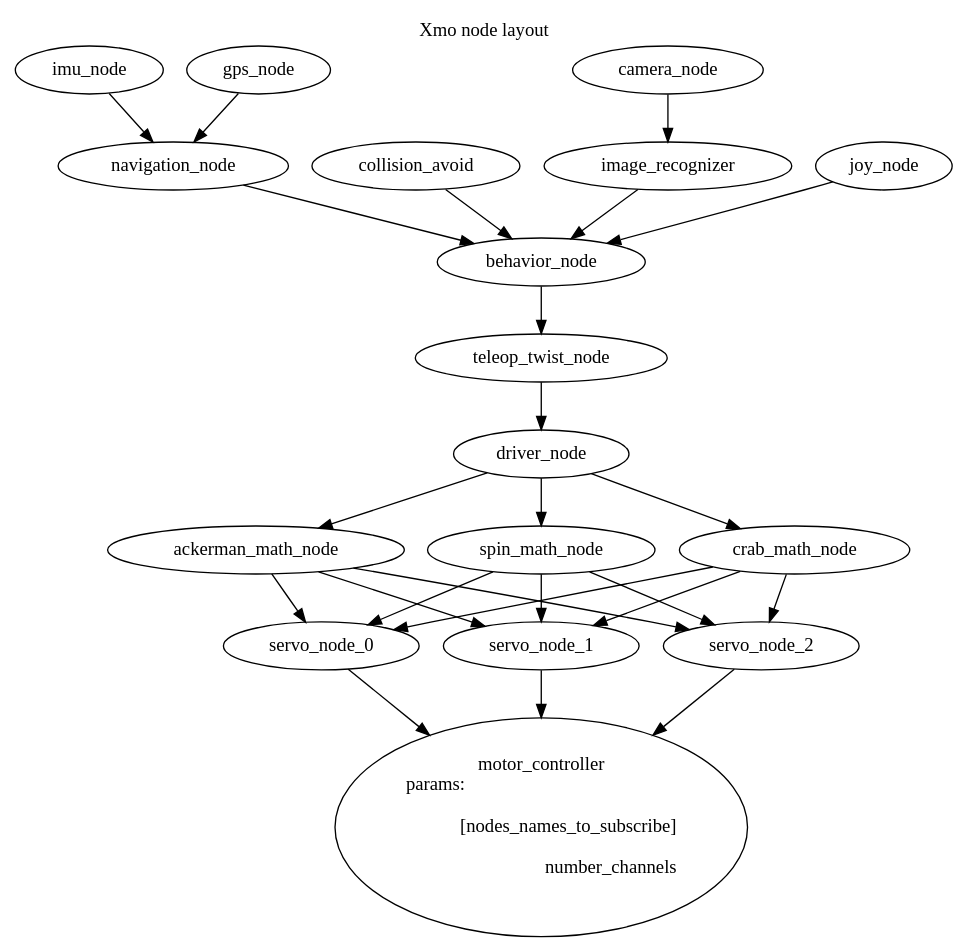
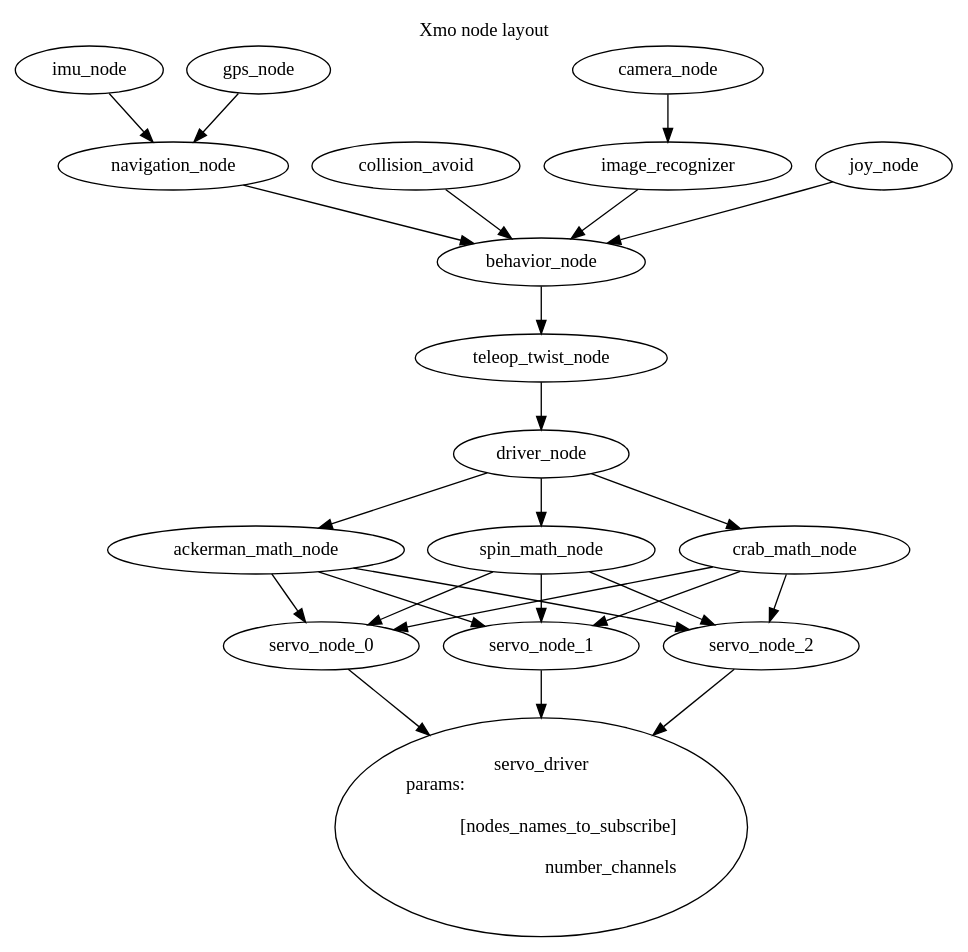
One commit to pulcher/Xmo changed the diagram in docs/node-layout.dot. Above: the diagram before and after it, drawn with Graphviz. The commit also changed 3 other files, not shown here.

Commit message:
got the servo driver and interface working

```diff
--- a/docs/node-layout.dot
+++ b/docs/node-layout.dot
@@ -1,41 +1,41 @@
 digraph xmo {
     labelloc="t"
     label="Xmo node layout";
 
     gps_node -> navigation_node
     imu_node -> navigation_node
     navigation_node -> behavior_node
 
     collision_avoid -> behavior_node
     
     camera_node -> image_recognizer
 
     image_recognizer -> behavior_node
 
     joy_node -> behavior_node
 
     behavior_node -> teleop_twist_node
 
     teleop_twist_node -> driver_node
 
     driver_node -> ackerman_math_node
     driver_node -> spin_math_node
     driver_node -> crab_math_node
 
     ackerman_math_node -> servo_node_0
     ackerman_math_node -> servo_node_1
     ackerman_math_node -> servo_node_2
 
     spin_math_node -> servo_node_0
     spin_math_node -> servo_node_1
     spin_math_node -> servo_node_2
 
     crab_math_node -> servo_node_0
     crab_math_node -> servo_node_1
     crab_math_node -> servo_node_2
 
-    servo_driver[label="motor_controller\nparams:\l\n[nodes_names_to_subscribe]\r\nnumber_channels\r\n"]
+    servo_driver[label="servo_driver\nparams:\l\n[nodes_names_to_subscribe]\r\nnumber_channels\r\n"]
     servo_node_0 -> servo_driver
     servo_node_1 -> servo_driver
     servo_node_2 -> servo_driver
 }
```
